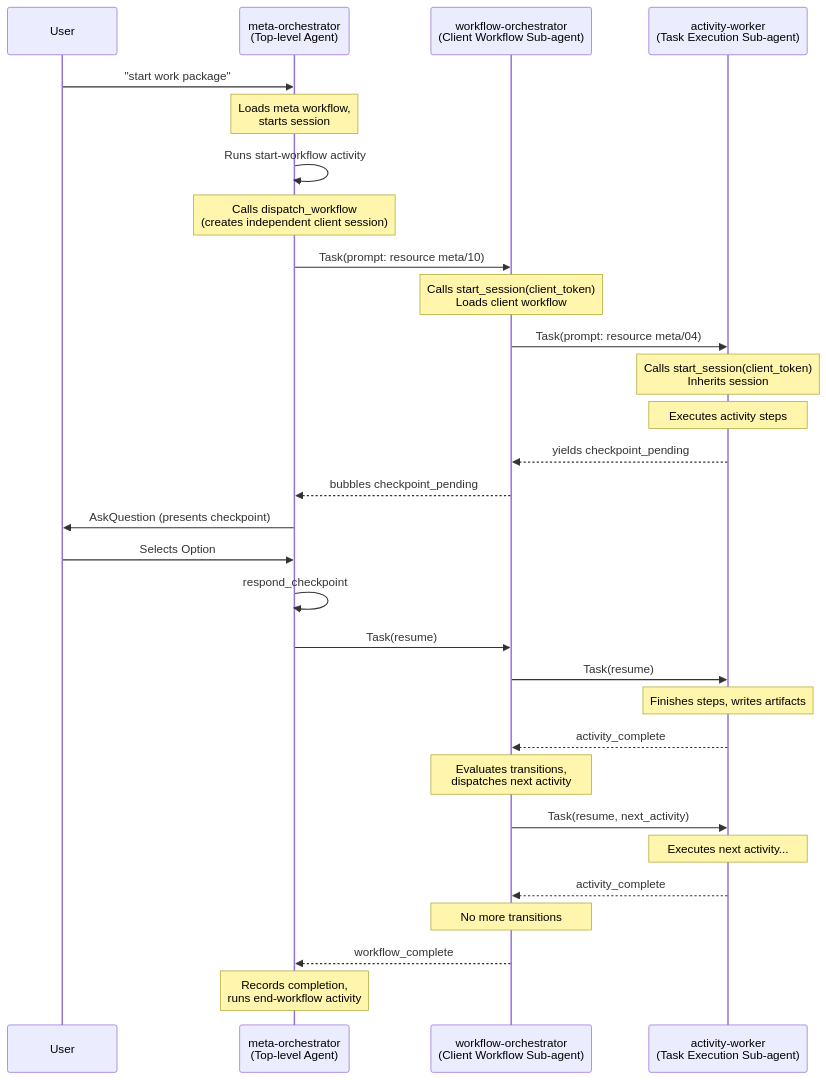
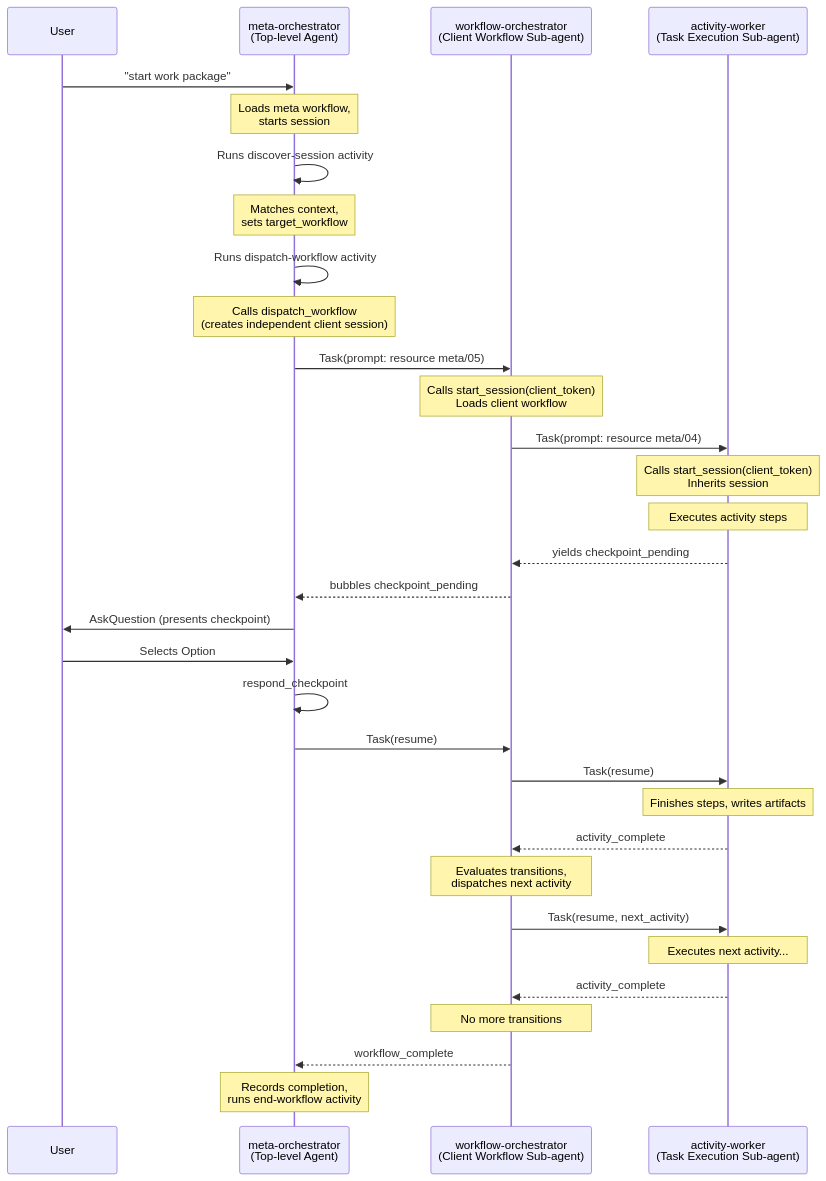
Before and after one commit to m2ux/workflow-server: the first of 5 diagrams in meta/README.md, drawn with Mermaid. The commit also changed other lines of this file and 4 other files, not shown here.

First line of the commit message:
refactor: remove obsolete start, resume, and end workflow meta activities

````diff
--- a/meta/README.md
+++ b/meta/README.md
@@ -18,43 +18,45 @@
 ```mermaid
 sequenceDiagram
     participant User
     participant Meta as meta-orchestrator<br/>(Top-level Agent)
     participant Client as workflow-orchestrator<br/>(Client Workflow Sub-agent)
     participant Worker as activity-worker<br/>(Task Execution Sub-agent)
 
     User->>Meta: "start work package"
     Note over Meta: Loads meta workflow,<br/>starts session
-    Meta->>Meta: Runs start-workflow activity
+    Meta->>Meta: Runs discover-session activity
+    Note over Meta: Matches context,<br/>sets target_workflow
+    Meta->>Meta: Runs dispatch-workflow activity
 
     Note over Meta: Calls dispatch_workflow<br/>(creates independent client session)
-    Meta->>Client: Task(prompt: resource meta/10)
+    Meta->>Client: Task(prompt: resource meta/05)
 
     Note over Client: Calls start_session(client_token)<br/>Loads client workflow
     
     Client->>Worker: Task(prompt: resource meta/04)
     Note over Worker: Calls start_session(client_token)<br/>Inherits session
     
     Note over Worker: Executes activity steps
 
     Worker-->>Client: yields checkpoint_pending
     Client-->>Meta: bubbles checkpoint_pending
     Meta->>User: AskQuestion (presents checkpoint)
     User->>Meta: Selects Option
     Meta->>Meta: respond_checkpoint
     
     Meta->>Client: Task(resume)
     Client->>Worker: Task(resume)
     
     Note over Worker: Finishes steps, writes artifacts
     Worker-->>Client: activity_complete
 
     Note over Client: Evaluates transitions,<br/>dispatches next activity
     
     Client->>Worker: Task(resume, next_activity)
     Note over Worker: Executes next activity...
     Worker-->>Client: activity_complete
     
     Note over Client: No more transitions
     Client-->>Meta: workflow_complete
     Note over Meta: Records completion,<br/>runs end-workflow activity
 ```
````
